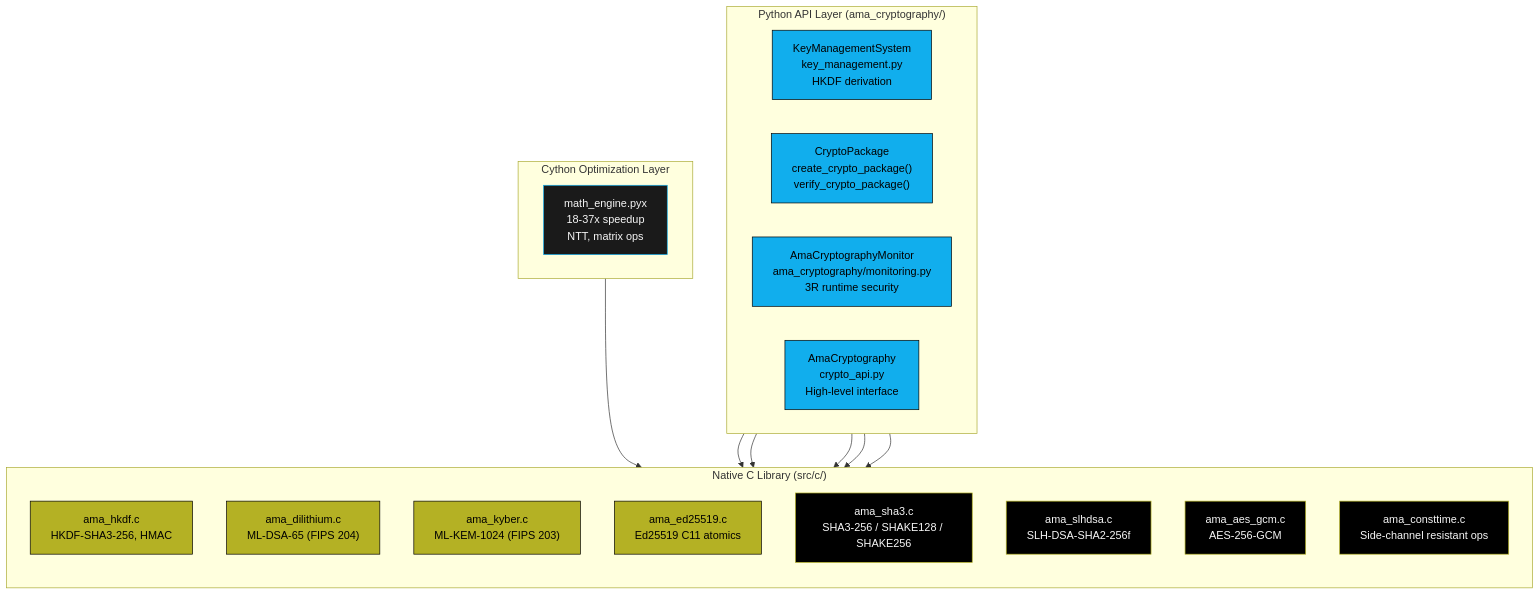
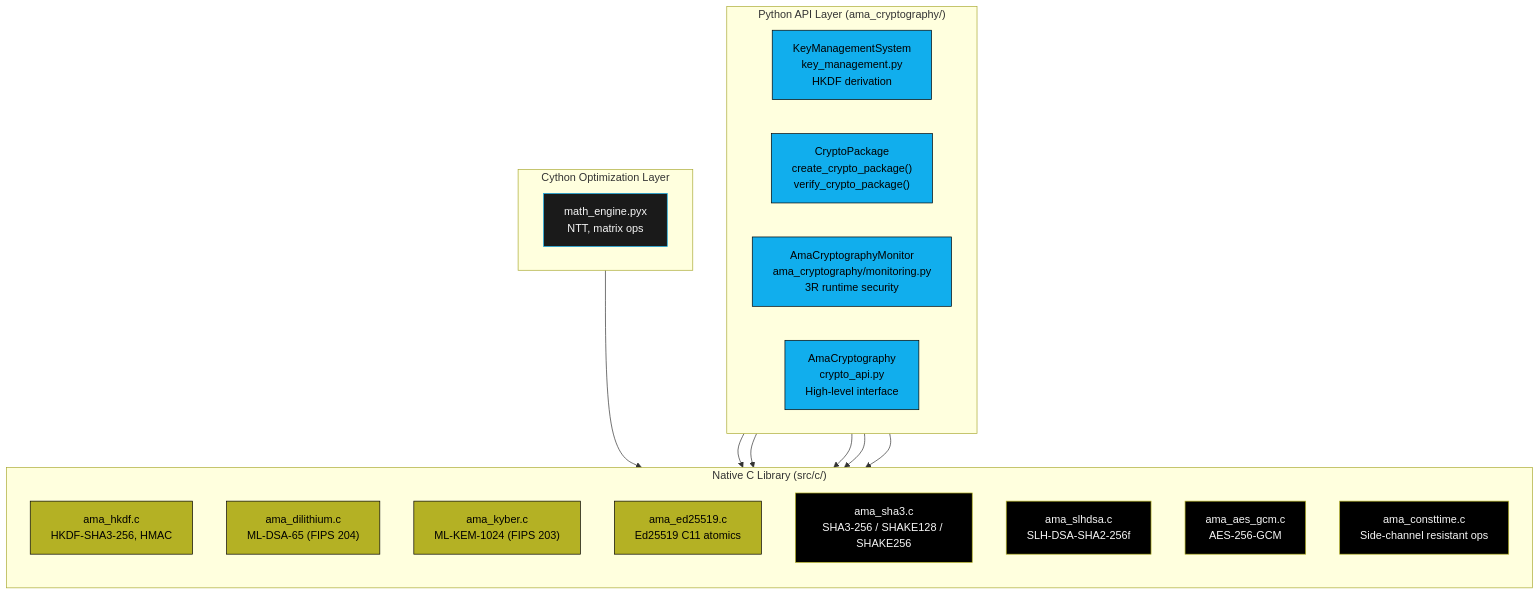
Before and after one commit to Steel-SecAdv-LLC/AMA-Cryptography: the second of 7 diagrams in wiki/Architecture.md, drawn with Mermaid. The commit also changed other lines of this file and 118 other files, not shown here.

````diff
--- a/wiki/Architecture.md
+++ b/wiki/Architecture.md
@@ -67,38 +67,38 @@
 ```mermaid
 flowchart TD
     subgraph python["Python API Layer (ama_cryptography/)"]
         direction LR
         kms["KeyManagementSystem\nkey_management.py\nHKDF derivation"]:::blue
         cpkg["CryptoPackage\ncreate_crypto_package()\nverify_crypto_package()"]:::blue
         mon["AmaCryptographyMonitor\nama_cryptography/monitoring.py\n3R runtime security"]:::blue
         capi["AmaCryptography\ncrypto_api.py\nHigh-level interface"]:::blue
     end
 
     subgraph cython["Cython Optimization Layer"]
-        math["math_engine.pyx\n18-37x speedup\nNTT, matrix ops"]:::gray
+        math["math_engine.pyx\nNTT, matrix ops"]:::gray
     end
 
     subgraph native["Native C Library (src/c/)"]
         direction TB
         hkdf["ama_hkdf.c\nHKDF-SHA3-256, HMAC"]:::gold
         dil["ama_dilithium.c\nML-DSA-65 (FIPS 204)"]:::gold
         kyber["ama_kyber.c\nML-KEM-1024 (FIPS 203)"]:::gold
         ed["ama_ed25519.c\nEd25519 C11 atomics"]:::gold
         sha3["ama_sha3.c\nSHA3-256 / SHAKE128 / SHAKE256"]:::black
         sphincs["ama_slhdsa.c\nSLH-DSA-SHA2-256f"]:::black
         aesgcm["ama_aes_gcm.c\nAES-256-GCM"]:::black
         ct["ama_consttime.c\nSide-channel resistant ops"]:::black
     end
 
     python --> native
     cython --> native
     kms --> hkdf
     cpkg --> dil
     cpkg --> ed
     mon --> sha3
 
 classDef gold fill:#B4B124,stroke:#000000,color:#000000;
 classDef blue fill:#11AEED,stroke:#000000,color:#000000;
 classDef black fill:#000000,stroke:#B4B124,color:#f6f6f6;
 classDef gray fill:#1a1a1a,stroke:#11AEED,color:#f6f6f6;
 ```
````
